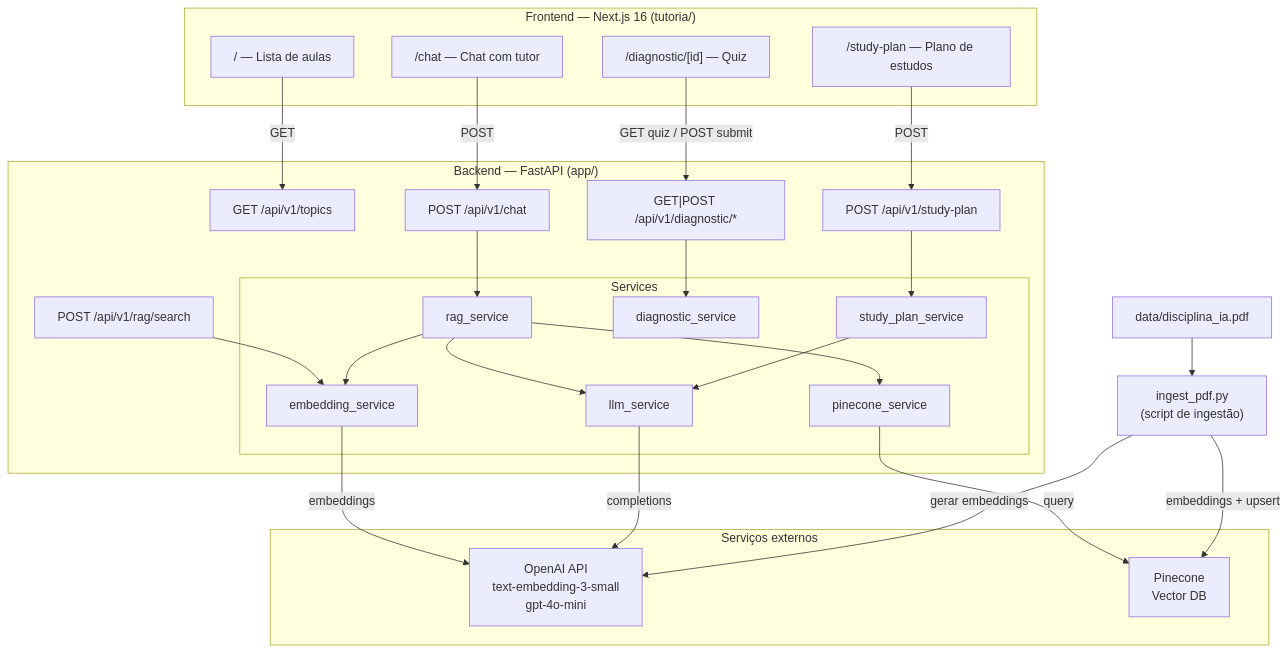
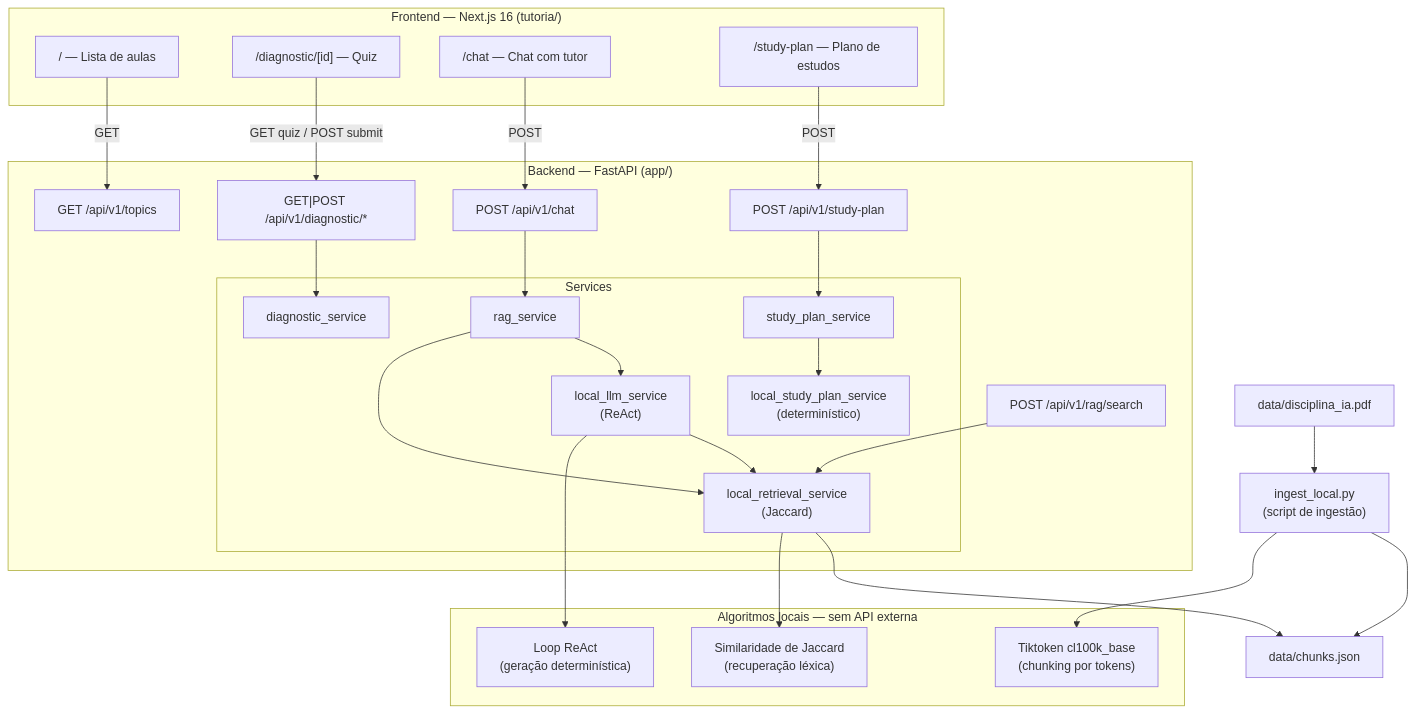
One commit to John-Rocha/projeto-ia-unifap changed the first of 3 diagrams in README.md. Above: the diagram before and after it, drawn with Mermaid. The commit also changed other lines of this file, not shown here.

Commit message:
feat: update README to reflect local service implementations and remove external dependencies

````diff
--- a/README.md
+++ b/README.md
@@ -14,57 +14,59 @@
 ```mermaid
 graph TB
     subgraph Frontend["Frontend — Next.js 16 (tutoria/)"]
         Home["/ — Lista de aulas"]
         Quiz["/diagnostic/[id] — Quiz"]
         Chat["/chat — Chat com tutor"]
         Plan["/study-plan — Plano de estudos"]
     end
 
     subgraph Backend["Backend — FastAPI (app/)"]
         Topics["GET /api/v1/topics"]
         ChatAPI["POST /api/v1/chat"]
         DiagAPI["GET|POST /api/v1/diagnostic/*"]
         PlanAPI["POST /api/v1/study-plan"]
         RAGSearch["POST /api/v1/rag/search"]
 
         subgraph Services["Services"]
             RAGSvc["rag_service"]
             DiagSvc["diagnostic_service"]
             PlanSvc["study_plan_service"]
-            EmbSvc["embedding_service"]
-            LLMSvc["llm_service"]
-            PineSvc["pinecone_service"]
+            RetrSvc["local_retrieval_service\n(Jaccard)"]
+            LLMSvc["local_llm_service\n(ReAct)"]
+            StudySvc["local_study_plan_service\n(determinístico)"]
         end
     end
 
-    subgraph External["Serviços externos"]
-        OpenAI["OpenAI API\ntext-embedding-3-small\ngpt-4o-mini"]
-        Pinecone["Pinecone\nVector DB"]
+    subgraph Local["Algoritmos locais — sem API externa"]
+        Jaccard["Similaridade de Jaccard\n(recuperação léxica)"]
+        ReAct["Loop ReAct\n(geração determinística)"]
+        Tiktoken["Tiktoken cl100k_base\n(chunking por tokens)"]
     end
 
-    Ingest["ingest_pdf.py\n(script de ingestão)"]
+    Ingest["ingest_local.py\n(script de ingestão)"]
     PDF["data/disciplina_ia.pdf"]
+    Chunks["data/chunks.json"]
 
     Home -->|GET| Topics
     Quiz -->|GET quiz / POST submit| DiagAPI
     Chat -->|POST| ChatAPI
     Plan -->|POST| PlanAPI
 
     ChatAPI --> RAGSvc
     DiagAPI --> DiagSvc
     PlanAPI --> PlanSvc
-    RAGSearch --> EmbSvc
+    RAGSearch --> RetrSvc
 
-    RAGSvc --> EmbSvc
-    RAGSvc --> PineSvc
+    RAGSvc --> RetrSvc
     RAGSvc --> LLMSvc
-    PlanSvc --> LLMSvc
+    PlanSvc --> StudySvc
 
-    EmbSvc -->|embeddings| OpenAI
-    LLMSvc -->|completions| OpenAI
-    PineSvc -->|query| Pinecone
+    RetrSvc --> Jaccard
+    LLMSvc --> ReAct
+    LLMSvc --> RetrSvc
 
     PDF --> Ingest
-    Ingest -->|embeddings + upsert| Pinecone
-    Ingest -->|gerar embeddings| OpenAI
+    Ingest --> Tiktoken
+    Ingest --> Chunks
+    RetrSvc --> Chunks
 ```
````
